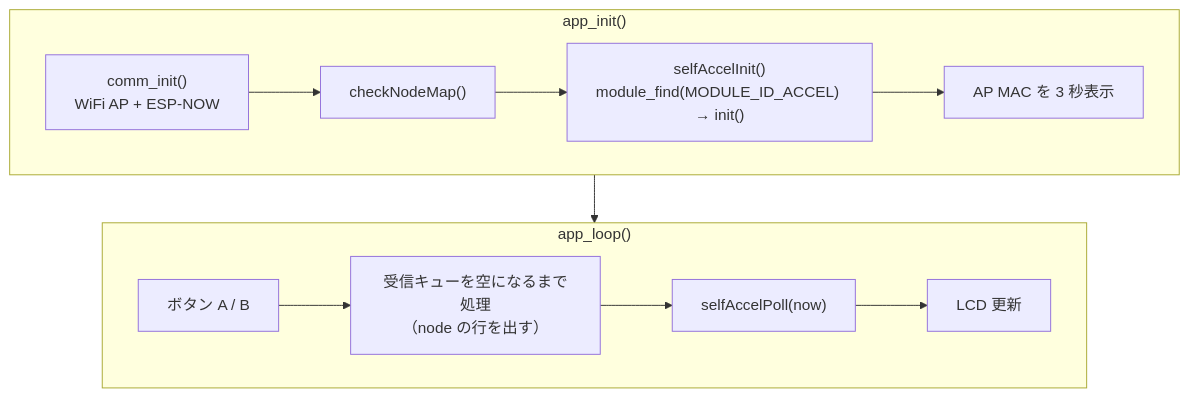
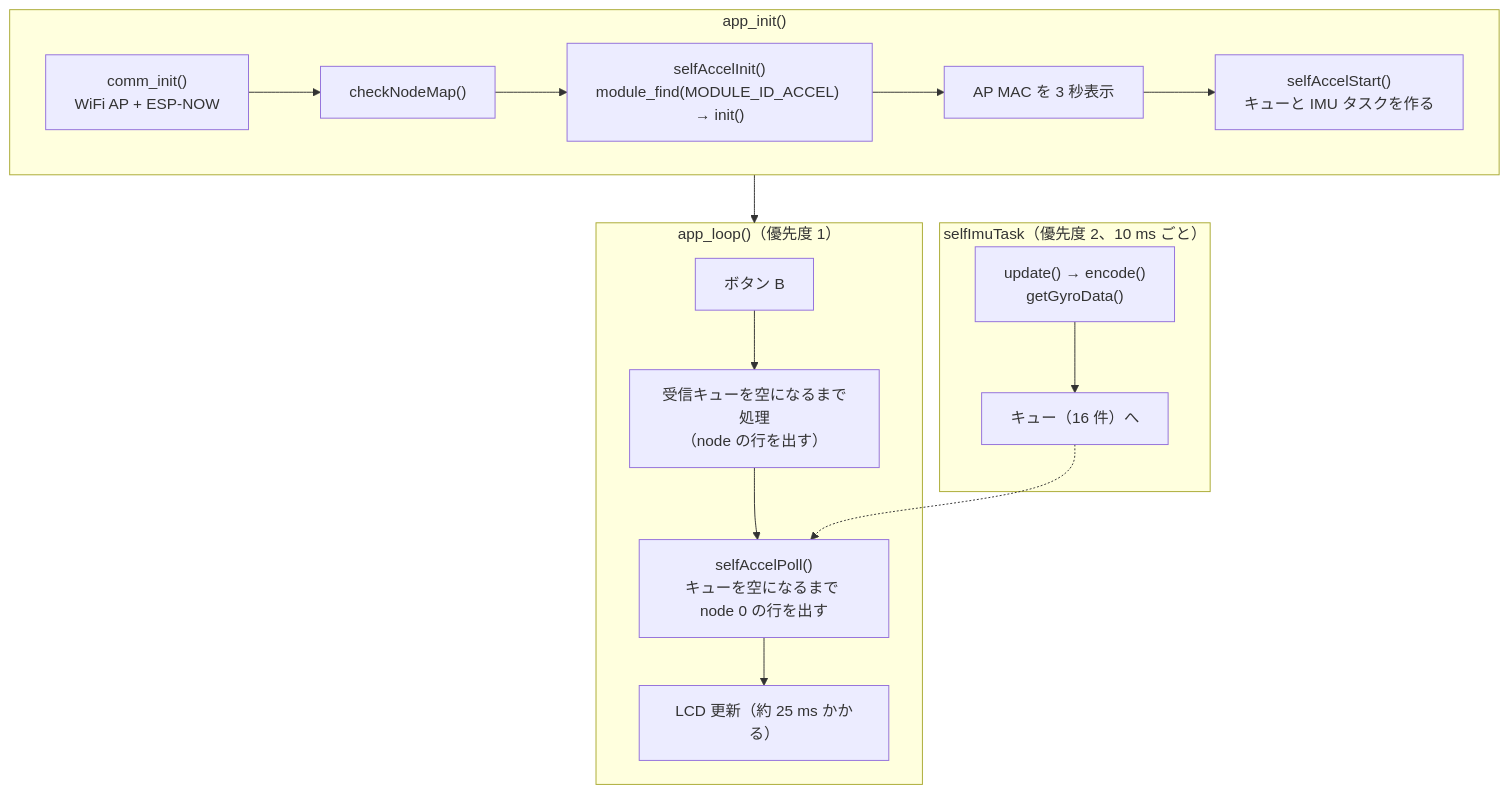
Before and after one commit to shiruku-shibata/Beer-Fw: the second of 2 diagrams in doc/gateway-accel.md, drawn with Mermaid. The commit also changed other lines of this file and 8 other files, not shown here.

````diff
--- a/doc/gateway-accel.md
+++ b/doc/gateway-accel.md
@@ -96,11 +137,15 @@
 ```mermaid
 flowchart TB
     subgraph init["app_init()"]
         I1["comm_init()<br/>WiFi AP + ESP-NOW"] --> I2["checkNodeMap()"] --> I3["selfAccelInit()<br/>module_find(MODULE_ID_ACCEL) → init()"]
-        I3 --> I4["AP MAC を 3 秒表示"]
+        I3 --> I4["AP MAC を 3 秒表示"] --> I5["selfAccelStart()<br/>キューと IMU タスクを作る"]
     end
-    subgraph loop["app_loop()"]
-        L1["ボタン A / B"] --> L2["受信キューを空になるまで処理<br/>（node の行を出す）"] --> L3["selfAccelPoll(now)"] --> L4["LCD 更新"]
+    subgraph task["selfImuTask（優先度 2、10 ms ごと）"]
+        T1["update() → encode()<br/>getGyroData()"] --> T2["キュー（16 件）へ"]
+    end
+    subgraph loop["app_loop()（優先度 1）"]
+        L1["ボタン B"] --> L2["受信キューを空になるまで処理<br/>（node の行を出す）"] --> L3["selfAccelPoll()<br/>キューを空になるまで node 0 の行を出す"] --> L4["LCD 更新（約 25 ms かかる）"]
     end
     init --> loop
+    T2 -.-> L3
 ```
````
